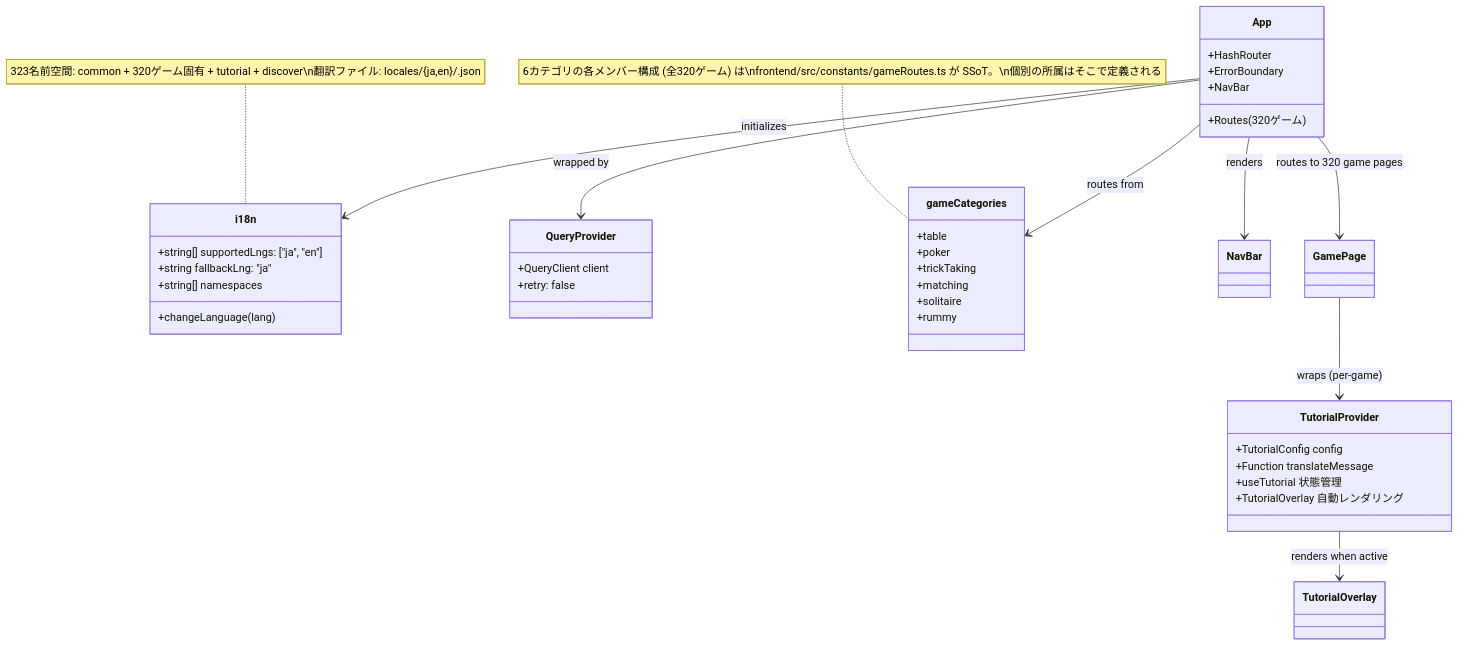
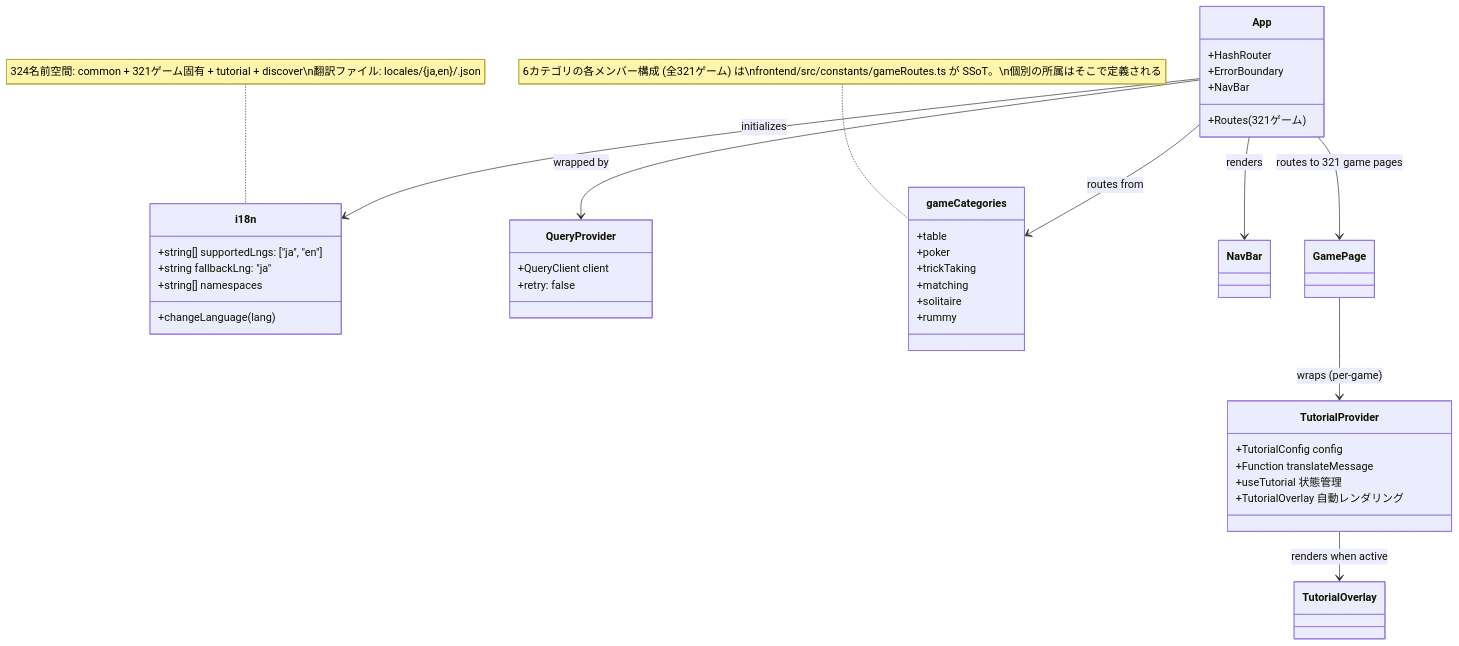
One commit to yuta-yoshinaga/go_trumpcards changed the ninth of 49 diagrams in docs/design/frontend.md. Above: the diagram before and after it, drawn with Mermaid. The commit also changed other lines of this file and 66 other files, not shown here.

````diff
--- a/docs/design/frontend.md
+++ b/docs/design/frontend.md
@@ -1874,48 +1874,48 @@
 ```mermaid
 classDiagram
     class i18n {
         +string[] supportedLngs: ["ja", "en"]
         +string fallbackLng: "ja"
         +string[] namespaces
         +changeLanguage(lang)
     }
 
     class QueryProvider {
         +QueryClient client
         +retry: false
     }
 
     class App {
         +HashRouter
         +ErrorBoundary
         +NavBar
-        +Routes (320ゲーム)
+        +Routes (321ゲーム)
     }
 
     class gameCategories {
         +table
         +poker
         +trickTaking
         +matching
         +solitaire
         +rummy
     }
-    note for gameCategories "6カテゴリの各メンバー構成 (全320ゲーム) は\nfrontend/src/constants/gameRoutes.ts が SSoT。\n個別の所属はそこで定義される"
+    note for gameCategories "6カテゴリの各メンバー構成 (全321ゲーム) は\nfrontend/src/constants/gameRoutes.ts が SSoT。\n個別の所属はそこで定義される"
 
     class TutorialProvider {
         +TutorialConfig config
         +Function translateMessage
         +useTutorial 状態管理
         +TutorialOverlay 自動レンダリング
     }
 
     App --> QueryProvider : wrapped by
     App --> i18n : initializes
     App --> gameCategories : routes from
     App --> NavBar : renders
-    App --> GamePage : routes to 320 game pages
+    App --> GamePage : routes to 321 game pages
     GamePage --> TutorialProvider : wraps (per-game)
     TutorialProvider --> TutorialOverlay : renders when active
 
-    note for i18n "323名前空間: common + 320ゲーム固有 + tutorial + discover\n翻訳ファイル: locales/{ja,en}/<game>.json"
+    note for i18n "324名前空間: common + 321ゲーム固有 + tutorial + discover\n翻訳ファイル: locales/{ja,en}/<game>.json"
 ```
````
